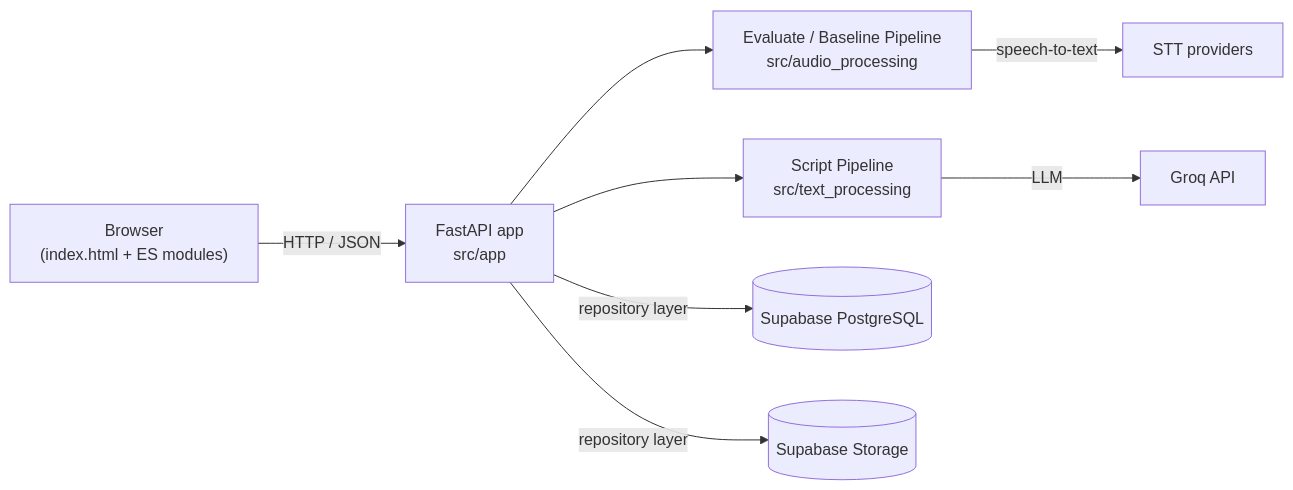
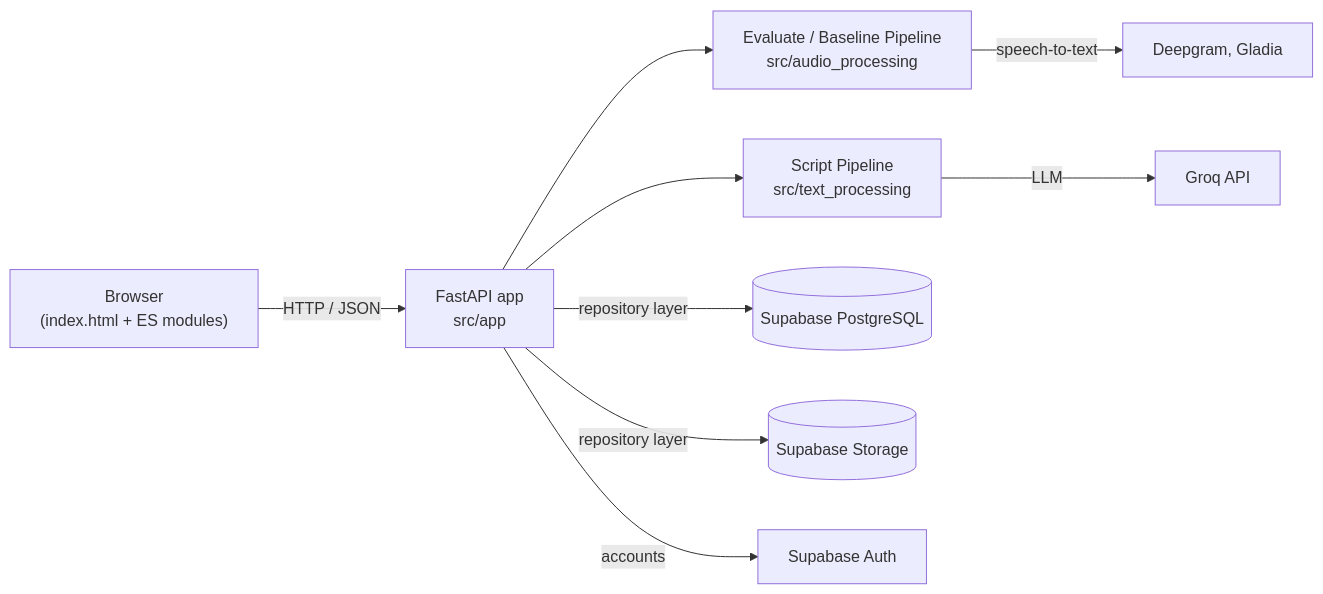
The first of 4 diagrams in architecture.md (cbaolee/25c11-ct-team08-public-speaking-assistant), drawn with Mermaid before and after one commit. The commit also changed other lines of this file and 3 other files, not shown here.

Commit message:
docs: update README, architecture and ADR-001 to the current DB, storage and UI state

````diff
--- a/architecture.md
+++ b/architecture.md
@@ -19,10 +20,11 @@
 ```mermaid
 flowchart LR
     Browser["Browser<br/>(index.html + ES modules)"] -->|HTTP / JSON| API["FastAPI app<br/>src/app"]
     API --> Audio["Evaluate / Baseline Pipeline<br/>src/audio_processing"]
     API --> Text["Script Pipeline<br/>src/text_processing"]
-    Audio -->|speech-to-text| STT["STT providers"]
+    Audio -->|speech-to-text| STT["Deepgram, Gladia"]
     Text -->|LLM| Groq["Groq API"]
     API -->|repository layer| DB[("Supabase PostgreSQL")]
     API -->|repository layer| Store[("Supabase Storage")]
+    API -->|accounts| AuthSvc["Supabase Auth"]
 ```
````
